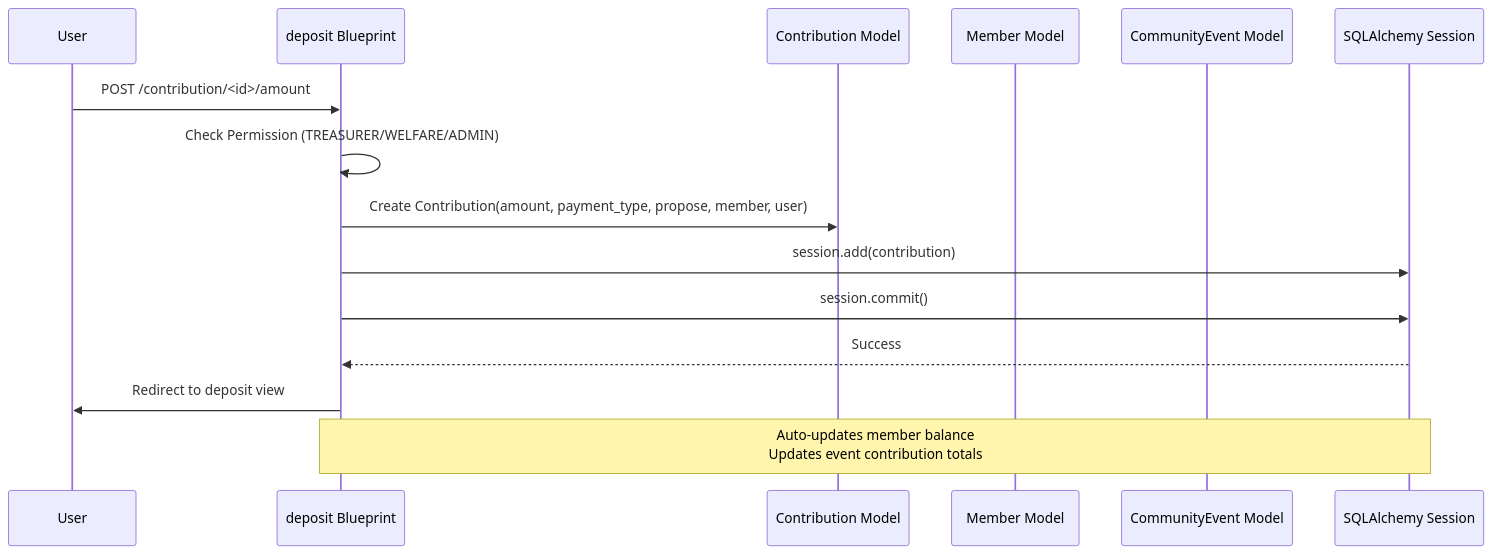
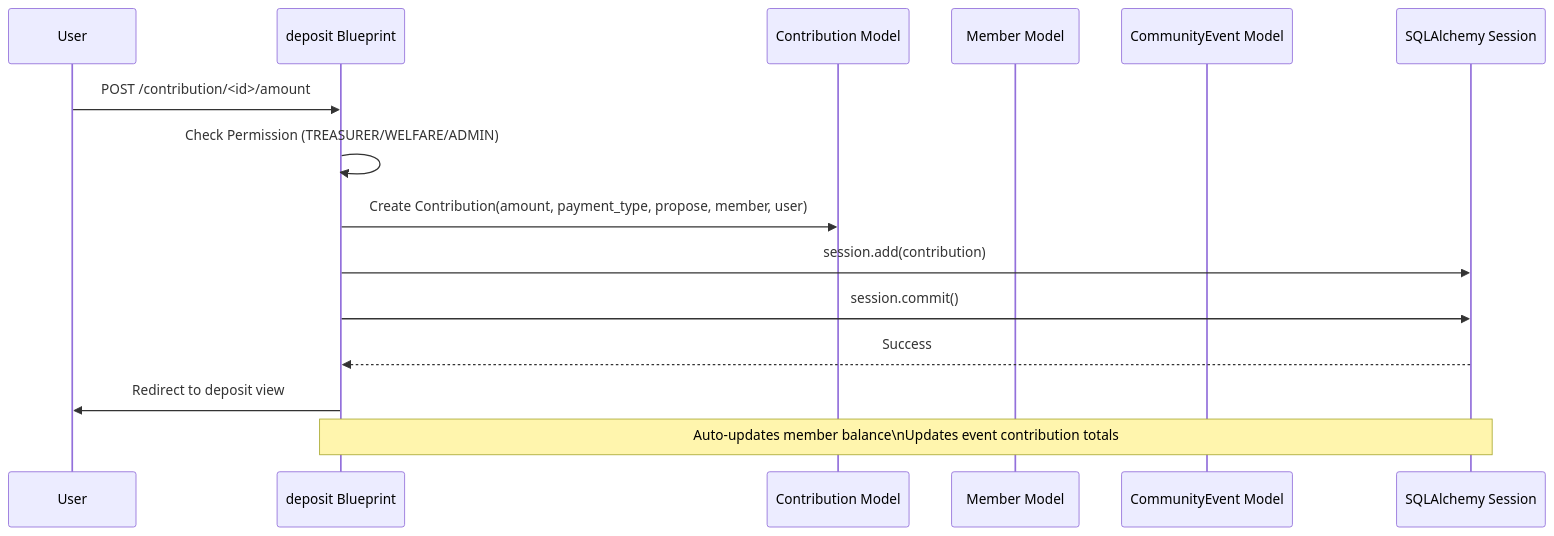
One commit to Timokama/gamerock changed the sixth of 8 diagrams in docs/02_ARCHITECTURE.md. Above: the diagram before and after it, drawn with Mermaid. The commit also changed other lines of this file, not shown here.

````diff
--- a/docs/02_ARCHITECTURE.md
+++ b/docs/02_ARCHITECTURE.md
@@ -652,19 +652,19 @@
 ```mermaid
 sequenceDiagram
     participant User
     participant DepositBP as deposit Blueprint
     participant Contribution as Contribution Model
     participant Member as Member Model
     participant Event as CommunityEvent Model
     participant DB as SQLAlchemy Session
 
     User->>DepositBP: POST /contribution/<id>/amount
     DepositBP->>DepositBP: Check Permission (TREASURER/WELFARE/ADMIN)
     DepositBP->>Contribution: Create Contribution(amount, payment_type, propose, member, user)
     DepositBP->>DB: session.add(contribution)
     DepositBP->>DB: session.commit()
     DB-->>DepositBP: Success
     DepositBP->>User: Redirect to deposit view
     
-    Note over DepositBP,DB: Auto-updates member balance<br/>Updates event contribution totals
+    Note over DepositBP,DB: Auto-updates member balance\nUpdates event contribution totals
 ```
````
